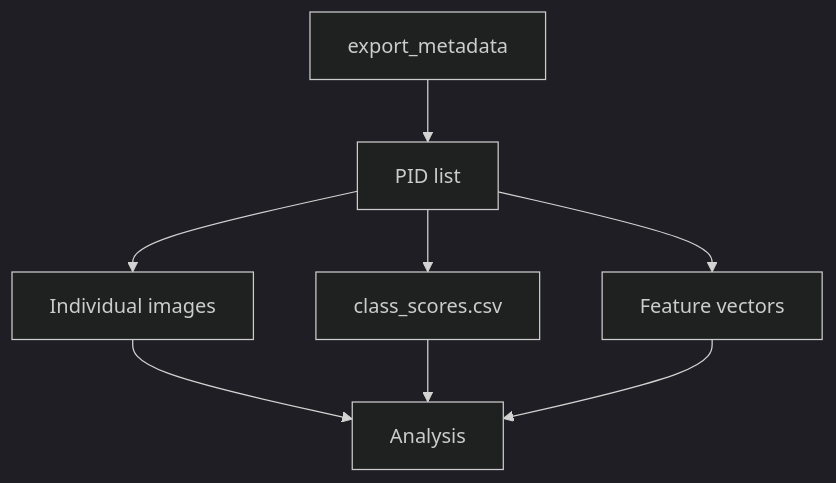
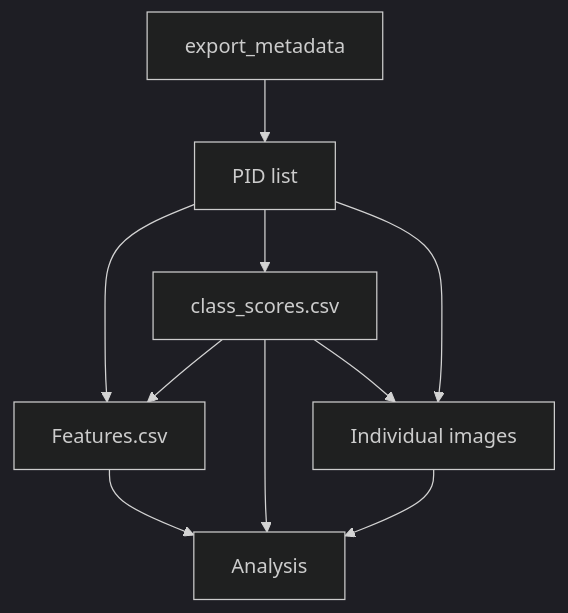
Before and after one commit to WHOIGit/ifcb-sync: the second of 2 diagrams in docs/data-access.md, drawn with Mermaid (dark theme).

````diff
--- a/docs/data-access.md
+++ b/docs/data-access.md
@@ -175,17 +175,12 @@
 ```mermaid
 flowchart TD
-    A[export_metadata]
-    --> B[PID list]
-
-    B --> C[Individual images]
-
+    A[export_metadata] --> B[PID list]
+    B --> C[Features.csv]
     B --> D[class_scores.csv]
-
-    B --> E[Feature vectors]
-
+    D --> E[Individual images]
+    D --> C
+    B --> E
     C --> F[Analysis]
-
     D --> F
-
     E --> F
 ```
````
